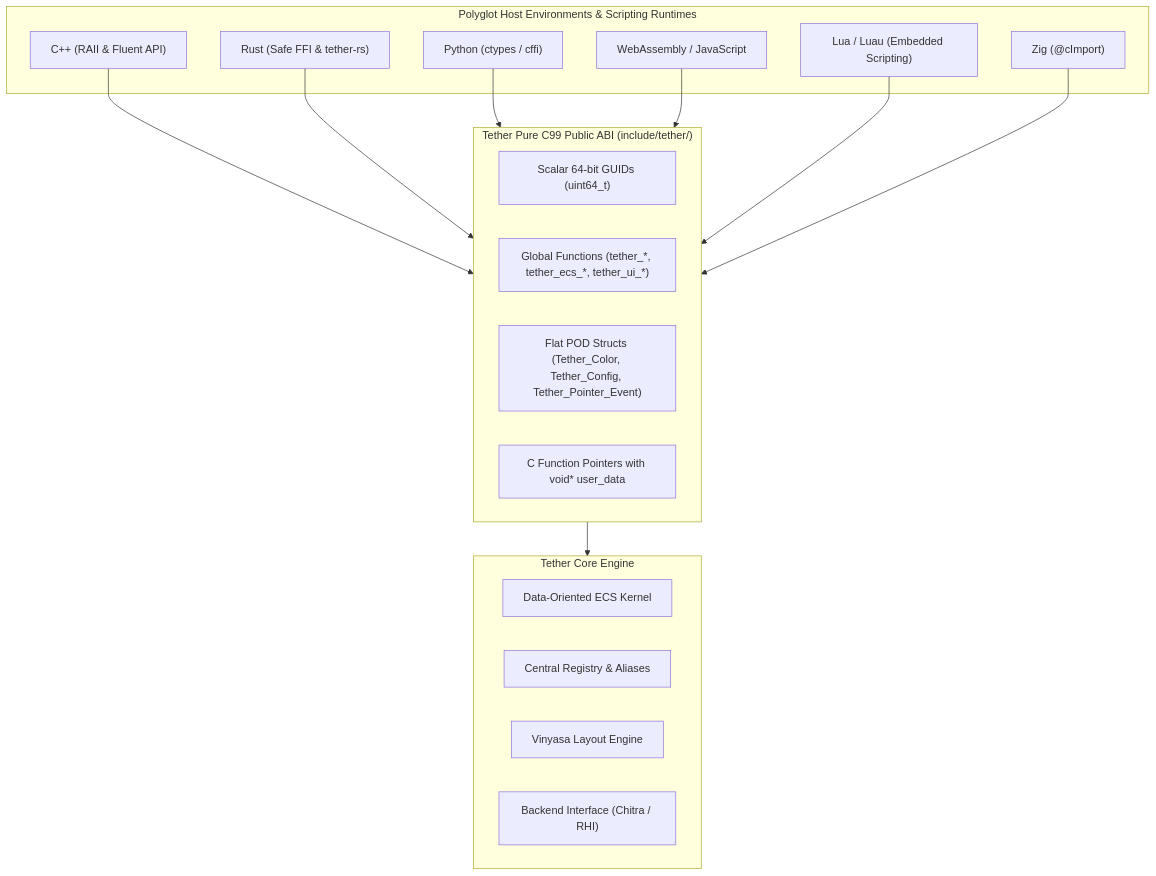
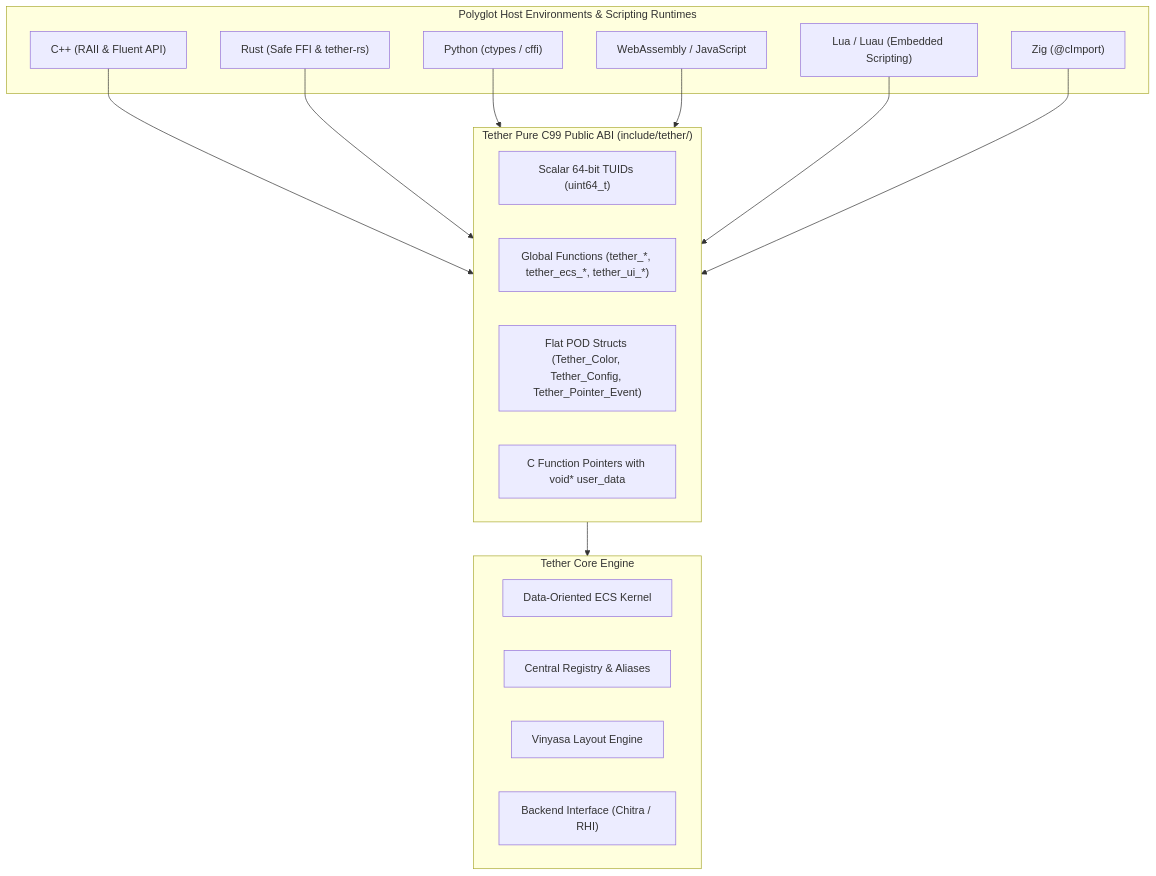
One commit to Yuvi-GD/Tether changed the first of 2 diagrams in docs/technical/11_language_bindings.md. Above: the diagram before and after it, drawn with Mermaid. The commit also changed other lines of this file and 84 other files, not shown here.

````diff
--- a/docs/technical/11_language_bindings.md
+++ b/docs/technical/11_language_bindings.md
@@ -17,34 +17,34 @@
 ```mermaid
 flowchart TD
     subgraph HostLanguages["Polyglot Host Environments & Scripting Runtimes"]
         CPP["C++ (RAII & Fluent API)"]
         Rust["Rust (Safe FFI & tether-rs)"]
         Python["Python (ctypes / cffi)"]
         WASM["WebAssembly / JavaScript"]
         Lua["Lua / Luau (Embedded Scripting)"]
         Zig["Zig (@cImport)"]
     end
 
     subgraph C99ABI["Tether Pure C99 Public ABI (include/tether/)"]
-        Scalars["Scalar 64-bit GUIDs (uint64_t)"]
+        Scalars["Scalar 64-bit TUIDs (uint64_t)"]
         FlatFuncs["Global Functions (tether_*, tether_ecs_*, tether_ui_*)"]
         FlatStructs["Flat POD Structs (Tether_Color, Tether_Config, Tether_Pointer_Event)"]
         Callbacks["C Function Pointers with void* user_data"]
     end
 
     subgraph CoreEngine["Tether Core Engine"]
         ECS["Data-Oriented ECS Kernel"]
         Registry["Central Registry & Aliases"]
         Layout["Vinyasa Layout Engine"]
         Backend["Backend Interface (Chitra / RHI)"]
     end
 
     CPP --> C99ABI
     Rust --> C99ABI
     Python --> C99ABI
     WASM --> C99ABI
     Lua --> C99ABI
     Zig --> C99ABI
 
     C99ABI --> CoreEngine
 ```
````
